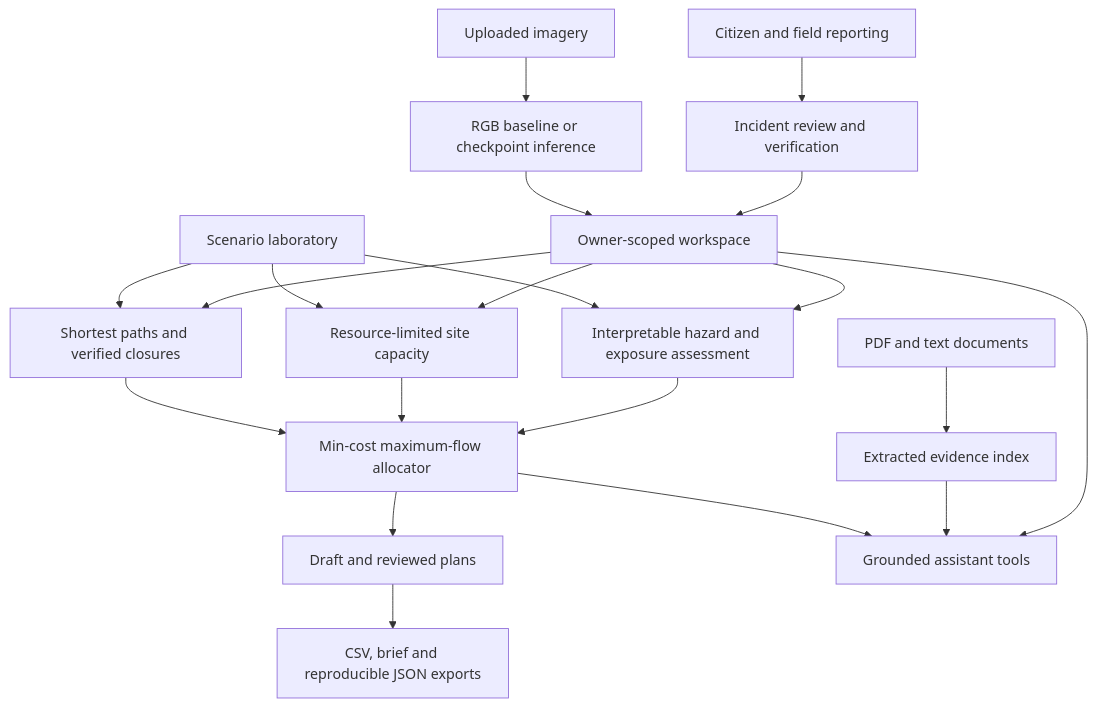
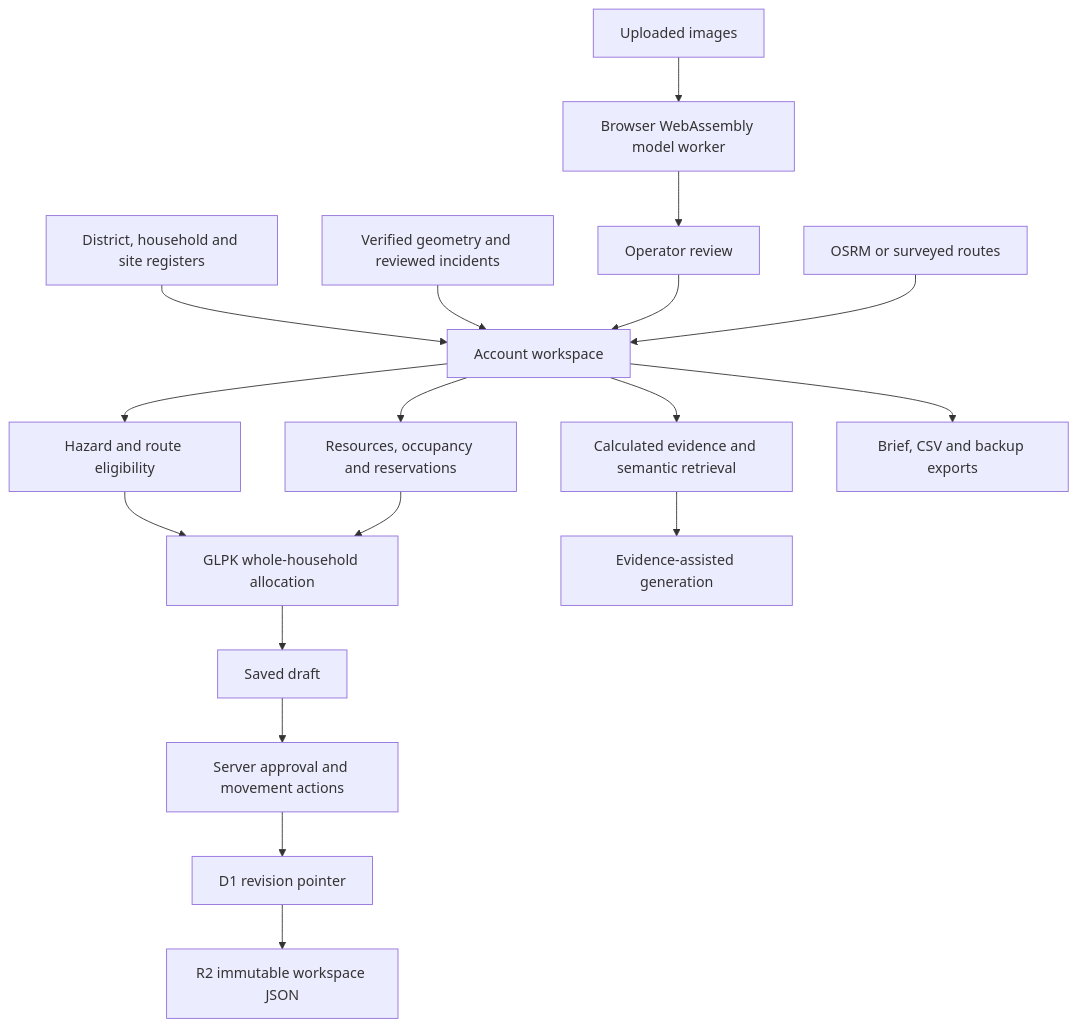
One commit to nitishrazz8434/suraksha-setu changed the diagram in docs/ARCHITECTURE.md. Above: the diagram before and after it, drawn with Mermaid. The commit also changed other lines of this file and 51 other files, not shown here.

````diff
--- a/docs/ARCHITECTURE.md
+++ b/docs/ARCHITECTURE.md
@@ -3,22 +3,20 @@
 ```mermaid
 flowchart TD
-    U[Citizen and field reporting] --> R[Incident review and verification]
-    I[Uploaded imagery] --> V[RGB baseline or checkpoint inference]
-    D[PDF and text documents] --> K[Extracted evidence index]
-    R --> W[Owner-scoped workspace]
-    V --> W
-    W --> H[Interpretable hazard and exposure assessment]
-    W --> C[Resource-limited site capacity]
-    H --> P[Min-cost maximum-flow allocator]
-    C --> P
-    W --> N[Shortest paths and verified closures]
-    N --> P
-    P --> O[Draft and reviewed plans]
-    W --> A[Grounded assistant tools]
-    K --> A
-    P --> A
-    S[Scenario laboratory] --> H
-    S --> C
-    S --> N
-    O --> E[CSV, brief and reproducible JSON exports]
+    R[District, household and site registers] --> W[Account workspace]
+    G[Verified geometry and reviewed incidents] --> W
+    F[Uploaded images] --> AI[Browser WebAssembly model worker]
+    AI --> RV[Operator review]
+    RV --> W
+    OS[OSRM or surveyed routes] --> W
+    W --> GEO[Hazard and route eligibility]
+    W --> CAP[Resources, occupancy and reservations]
+    GEO --> MILP[GLPK whole-household allocation]
+    CAP --> MILP
+    MILP --> D[Saved draft]
+    D --> API[Server approval and movement actions]
+    API --> CAS[D1 revision pointer]
+    CAS --> OBJ[R2 immutable workspace JSON]
+    W --> COP[Calculated evidence and semantic retrieval]
+    COP --> T5[Evidence-assisted generation]
+    W --> EX[Brief, CSV and backup exports]
 ```
````
